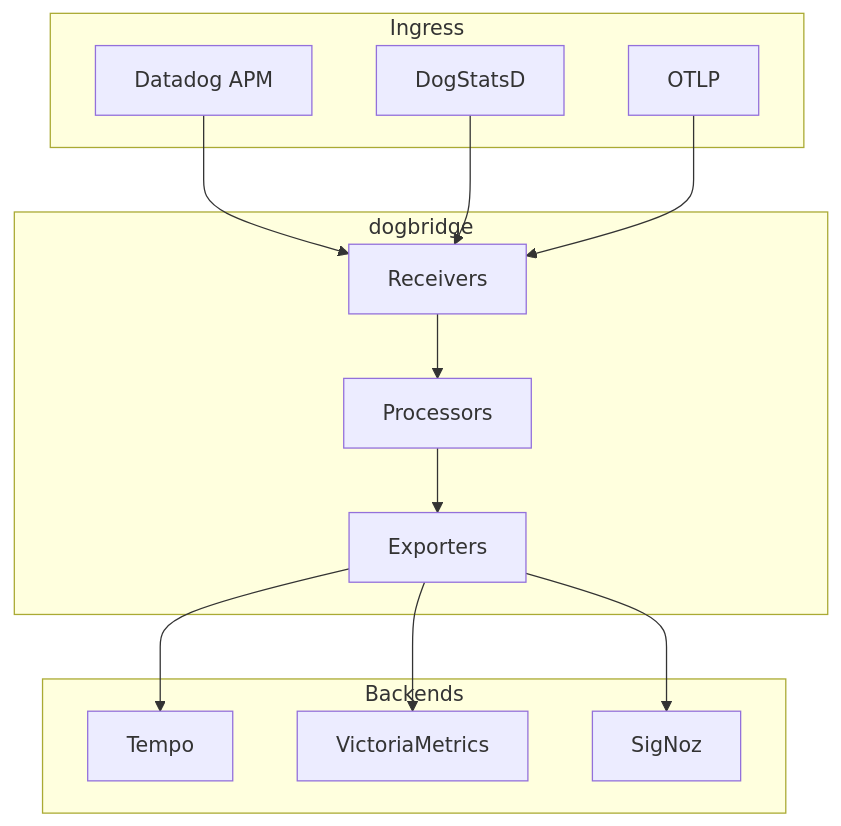
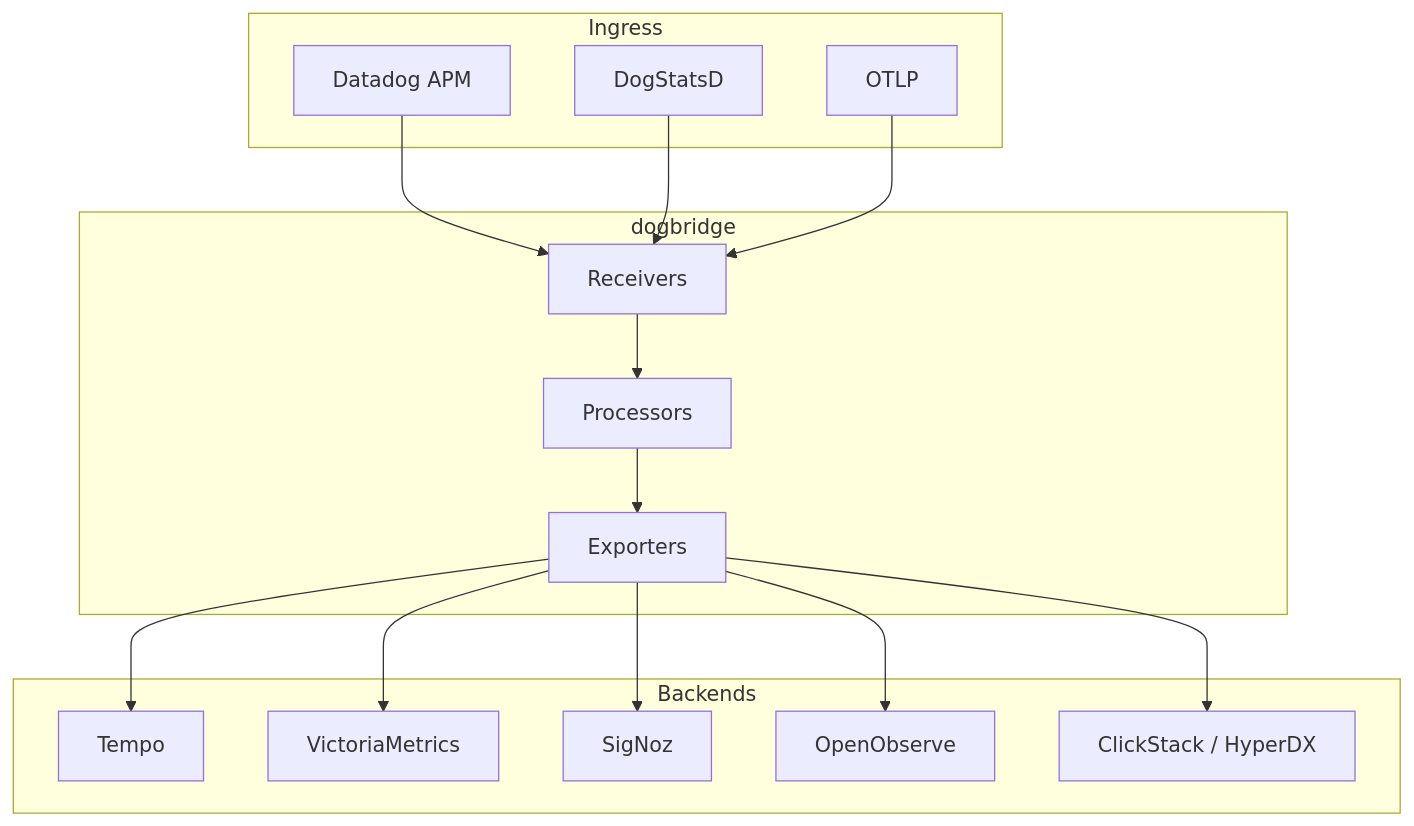
Before and after one commit to phenixrizen/dogbridge: the second of 2 diagrams in README.md, drawn with Mermaid. The commit also changed other lines of this file and 11 other files, not shown here.

````diff
--- a/README.md
+++ b/README.md
@@ -25,28 +26,32 @@
 ```mermaid
 flowchart TB
     subgraph Ingress
       DD[Datadog APM]
       DS[DogStatsD]
       OTLP[OTLP]
     end
 
     subgraph dogbridge
       R[Receivers]
       P[Processors]
       X[Exporters]
     end
 
     subgraph Backends
       T[Tempo]
       VM[VictoriaMetrics]
       SN[SigNoz]
+      OO[OpenObserve]
+      CS[ClickStack / HyperDX]
     end
 
     DD --> R
     DS --> R
     OTLP --> R
     R --> P --> X
     X --> T
     X --> VM
     X --> SN
+    X --> OO
+    X --> CS
 ```
````
